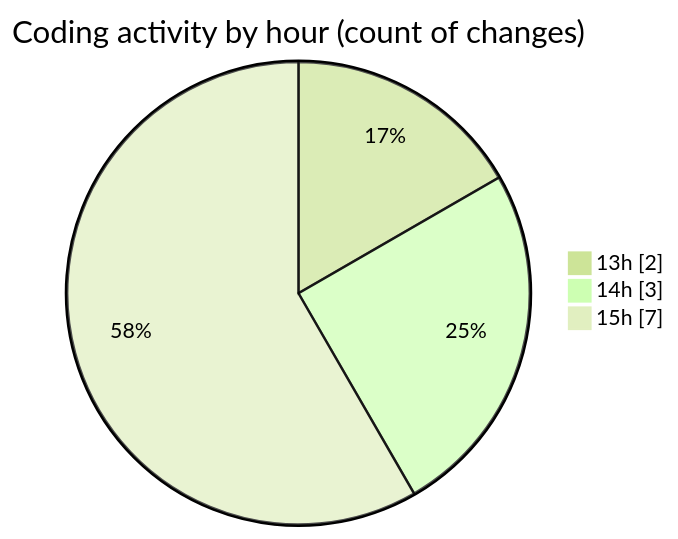
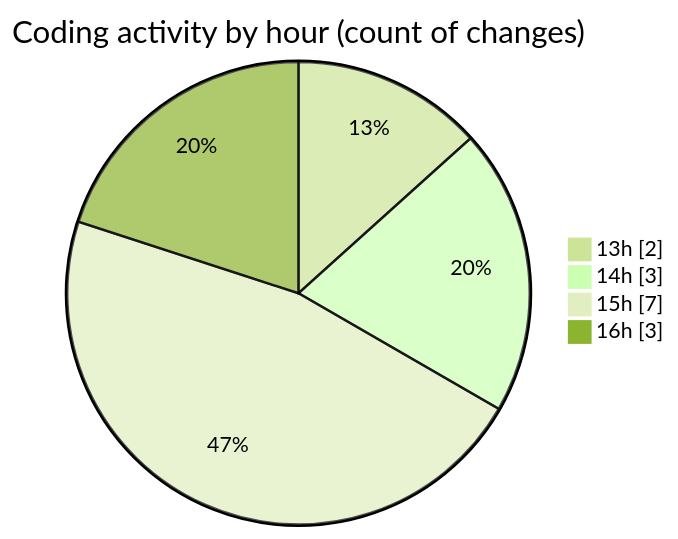
One commit to julien-gomy/code-tracking changed the second of 2 diagrams in 2025-11-14/cdp_aleoudev_fr__workspace_/README.md. Above: the diagram before and after it, drawn with Mermaid (forest theme). The commit also changed other lines of this file and 1 other file, not shown here.

````diff
--- a/2025-11-14/cdp_aleoudev_fr__workspace_/README.md
+++ b/2025-11-14/cdp_aleoudev_fr__workspace_/README.md
@@ -31,7 +32,8 @@
 ```mermaid
 pie showData
 title Coding activity by hour (count of changes)
 "13h" : 2
 "14h" : 3
 "15h" : 7
+"16h" : 3
 ```
````
